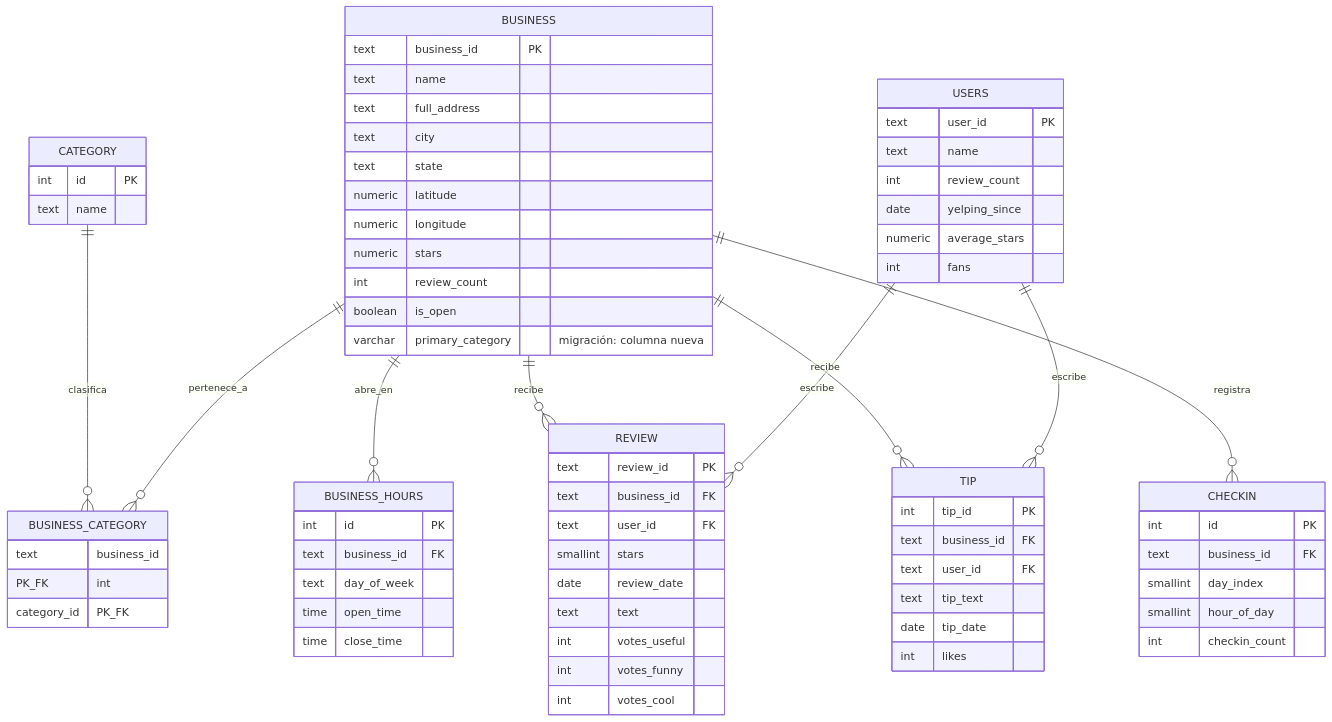
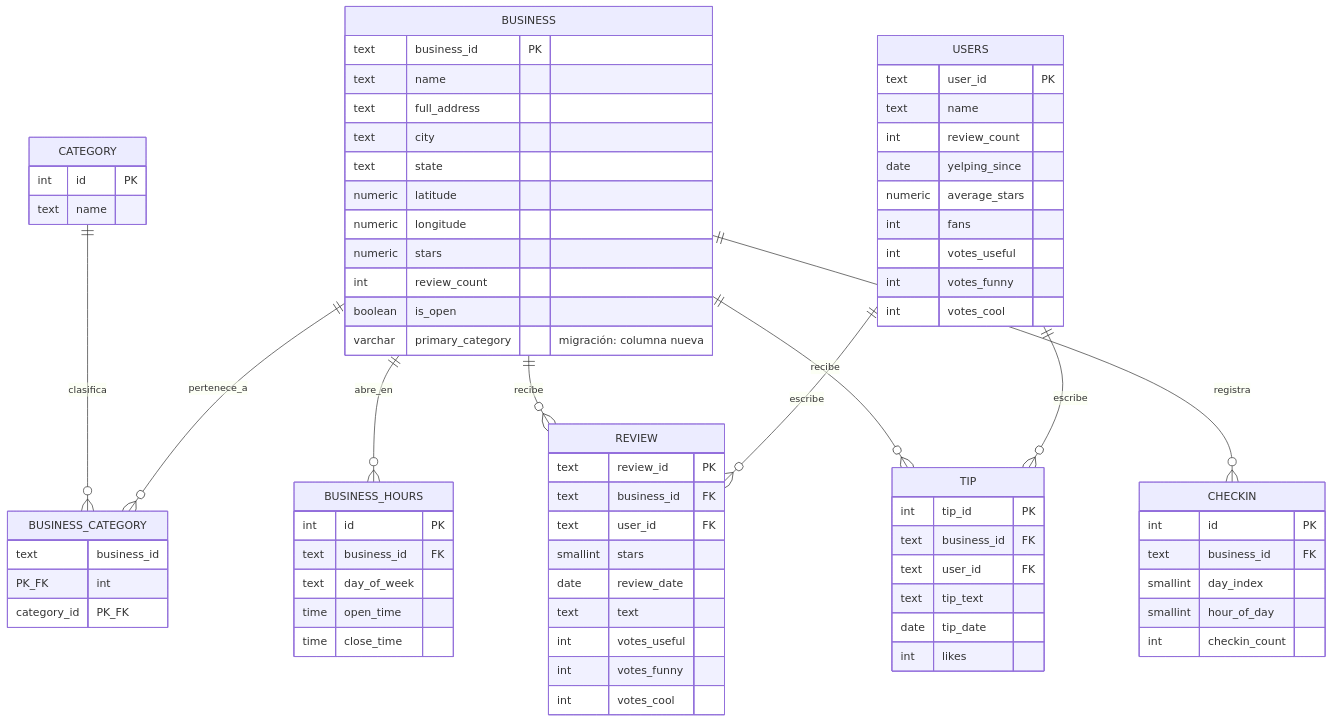
One commit to vavelezr/Momento_01_Tendencias changed the diagram in docs/dominio_de_negocio.md. Above: the diagram before and after it, drawn with Mermaid. The commit also changed other lines of this file, not shown here.

Commit message:
fix(docs): corrige inconsistencias del ER (users.votes_*, ruta de evidences, referencia a script de extracción inexistente)

````diff
--- a/docs/dominio_de_negocio.md
+++ b/docs/dominio_de_negocio.md
@@ -35,74 +36,77 @@
 ```mermaid
 erDiagram
     CATEGORY ||--o{ BUSINESS_CATEGORY : clasifica
     BUSINESS ||--o{ BUSINESS_CATEGORY : pertenece_a
     BUSINESS ||--o{ BUSINESS_HOURS : abre_en
     BUSINESS ||--o{ REVIEW : recibe
     BUSINESS ||--o{ TIP : recibe
     BUSINESS ||--o{ CHECKIN : registra
     USERS ||--o{ REVIEW : escribe
     USERS ||--o{ TIP : escribe
 
     CATEGORY {
         int id PK
         text name
     }
     BUSINESS {
         text business_id PK
         text name
         text full_address
         text city
         text state
         numeric latitude
         numeric longitude
         numeric stars
         int review_count
         boolean is_open
         varchar primary_category "migración: columna nueva"
     }
     BUSINESS_CATEGORY {
         text business_id PK_FK
         int category_id PK_FK
     }
     BUSINESS_HOURS {
         int id PK
         text business_id FK
         text day_of_week
         time open_time
         time close_time
     }
     USERS {
         text user_id PK
         text name
         int review_count
         date yelping_since
         numeric average_stars
         int fans
+        int votes_useful
+        int votes_funny
+        int votes_cool
     }
     REVIEW {
         text review_id PK
         text business_id FK
         text user_id FK
         smallint stars
         date review_date
         text text
         int votes_useful
         int votes_funny
         int votes_cool
     }
     TIP {
         int tip_id PK
         text business_id FK
         text user_id FK
         text tip_text
         date tip_date
         int likes
     }
     CHECKIN {
         int id PK
         text business_id FK
         smallint day_index
         smallint hour_of_day
         int checkin_count
     }
 ```
````
